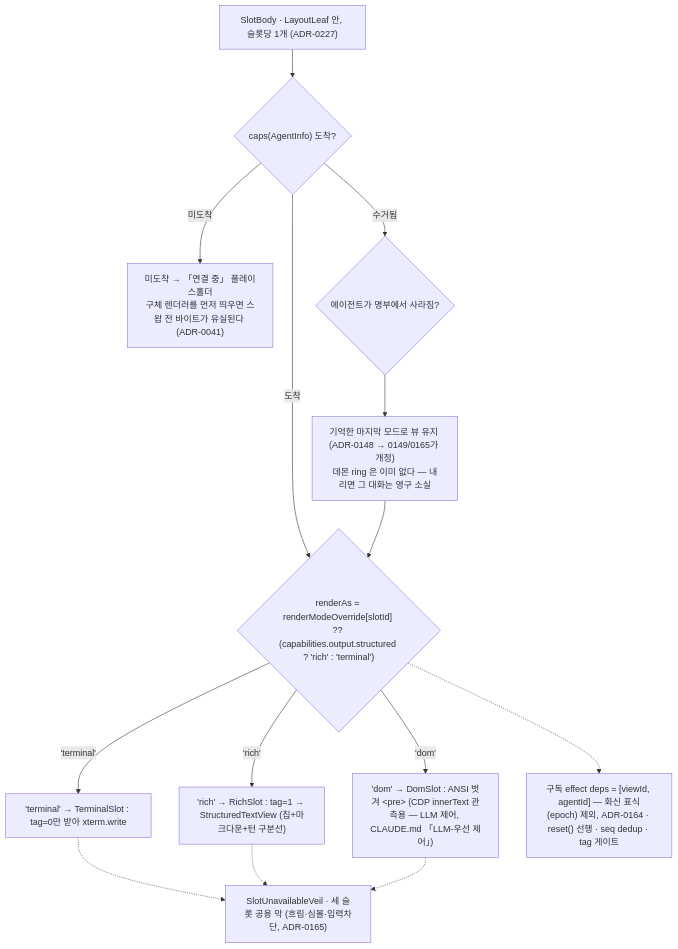
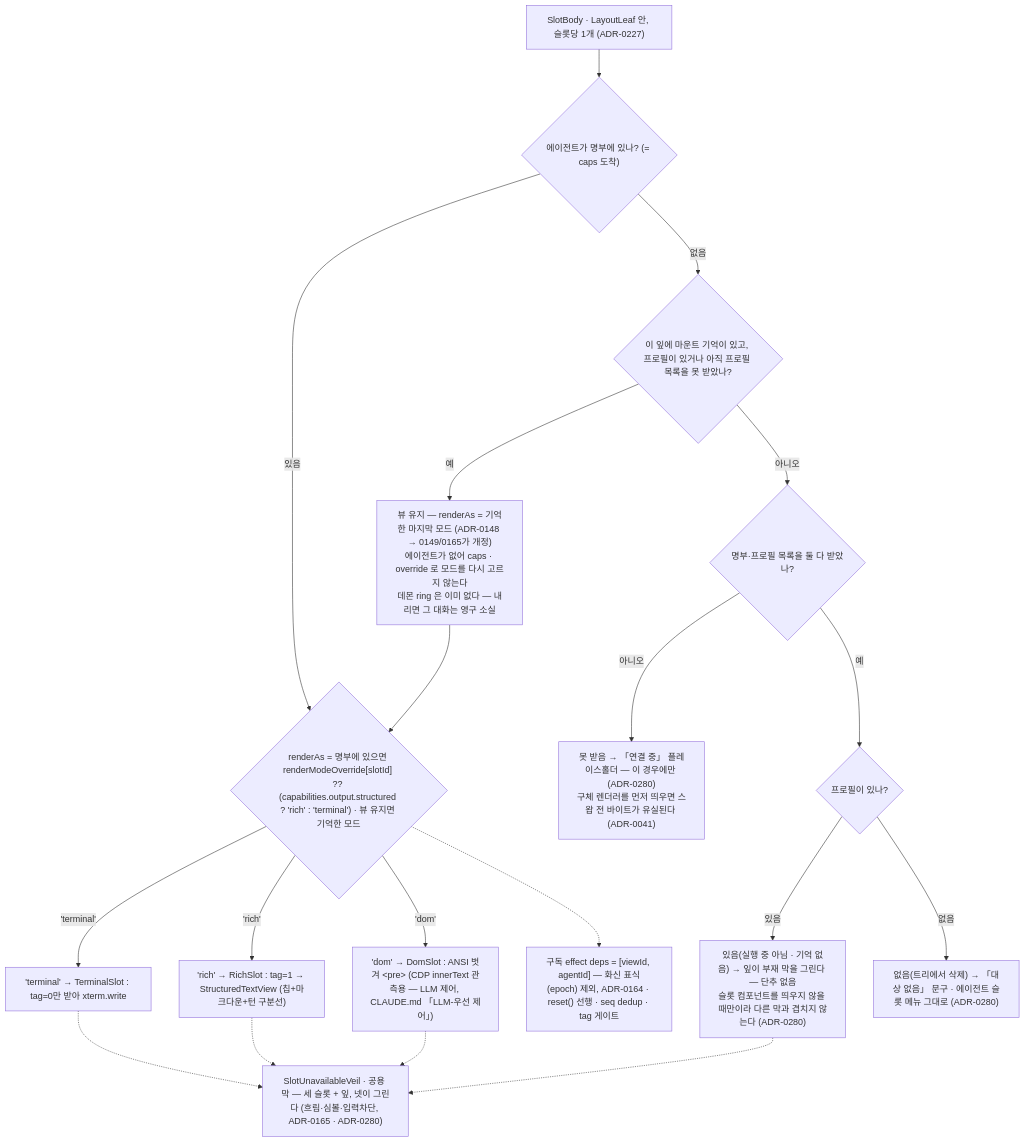
Before and after one commit to kimsunzun/engram-dashboard: diagram 16 of 20 in docs/reference/architecture-overview.md, drawn with Mermaid. The commit also changed other lines of this file and 12 other files, not shown here.

First line of the commit message:
S21: docs(storage): P3c3 착지 문서 — ADR-0280(꺼진 에이전트 슬롯 = 부재 막 · 슬롯 활성화 단추 없음 · ADR-0149 부분 폐기) · TRD §6-8 · §14-18 · step-log · tracking T-48–T-50 · 구조 개요 · // ADR-0280 앵커

````diff
--- a/docs/reference/architecture-overview.md
+++ b/docs/reference/architecture-overview.md
@@ -655,27 +656,36 @@
 ```mermaid
 flowchart TD
   SB["SlotBody · LayoutLeaf 안, 슬롯당 1개 (ADR-0227)"]
-  CAPS{"caps(AgentInfo) 도착?"}
-  PH["미도착 → 「연결 중」 플레이스홀더<br/>구체 렌더러를 먼저 띄우면 스왑 전 바이트가 유실된다 (ADR-0041)"]
-  KEPT{"에이전트가 명부에서 사라짐?"}
-  KEEP["기억한 마지막 모드로 뷰 유지 (ADR-0148 → 0149/0165가 개정)<br/>데몬 ring 은 이미 없다 — 내리면 그 대화는 영구 소실"]
-  MODE{"renderAs = renderModeOverride[slotId] ?? (capabilities.output.structured ? 'rich' : 'terminal')"}
+  CAPS{"에이전트가 명부에 있나? (= caps 도착)"}
+  KEPT{"이 잎에 마운트 기억이 있고, 프로필이 있거나 아직 프로필 목록을 못 받았나?"}
+  KEEP["뷰 유지 — renderAs = 기억한 마지막 모드 (ADR-0148 → 0149/0165가 개정)<br/>에이전트가 없어 caps · override 로 모드를 다시 고르지 않는다<br/>데몬 ring 은 이미 없다 — 내리면 그 대화는 영구 소실"]
+  LISTS{"명부·프로필 목록을 둘 다 받았나?"}
+  PH["못 받음 → 「연결 중」 플레이스홀더 — 이 경우에만 (ADR-0280)<br/>구체 렌더러를 먼저 띄우면 스왑 전 바이트가 유실된다 (ADR-0041)"]
+  PROF{"프로필이 있나?"}
+  LVEIL["있음(실행 중 아님 · 기억 없음) → 잎이 부재 막을 그린다 — 단추 없음<br/>슬롯 컴포넌트를 띄우지 않을 때만이라 다른 막과 겹치지 않는다 (ADR-0280)"]
+  NOTGT["없음(트리에서 삭제) → 「대상 없음」 문구 · 에이전트 슬롯 메뉴 그대로 (ADR-0280)"]
+  MODE{"renderAs = 명부에 있으면 renderModeOverride[slotId] ?? (capabilities.output.structured ? 'rich' : 'terminal') · 뷰 유지면 기억한 모드"}
   TS["'terminal' → TerminalSlot : tag=0만 받아 xterm.write"]
   RS["'rich' → RichSlot : tag=1 → StructuredTextView (칩+마크다운+턴 구분선)"]
   DS["'dom' → DomSlot : ANSI 벗겨 &lt;pre&gt; (CDP innerText 관측용 — LLM 제어, CLAUDE.md 「LLM-우선 제어」)"]
-  VEIL["SlotUnavailableVeil · 세 슬롯 공용 막 (흐림·심볼·입력차단, ADR-0165)"]
+  VEIL["SlotUnavailableVeil · 공용 막 — 세 슬롯 + 잎, 넷이 그린다 (흐림·심볼·입력차단, ADR-0165 · ADR-0280)"]
   NOTE["구독 effect deps = [viewId, agentId] — 화신 표식(epoch) 제외, ADR-0164 · reset() 선행 · seq dedup · tag 게이트"]
 
   SB --> CAPS
-  CAPS -->|"미도착"| PH
-  CAPS -->|"도착"| MODE
-  CAPS -->|"수거됨"| KEPT
-  KEPT --> KEEP --> MODE
+  CAPS -->|"있음"| MODE
+  CAPS -->|"없음"| KEPT
+  KEPT -->|"예"| KEEP --> MODE
+  KEPT -->|"아니오"| LISTS
+  LISTS -->|"아니오"| PH
+  LISTS -->|"예"| PROF
+  PROF -->|"있음"| LVEIL
+  PROF -->|"없음"| NOTGT
   MODE -->|"'terminal'"| TS
   MODE -->|"'rich'"| RS
   MODE -->|"'dom'"| DS
   TS -.-> VEIL
   RS -.-> VEIL
   DS -.-> VEIL
+  LVEIL -.-> VEIL
   MODE -.-> NOTE
 ```
````
